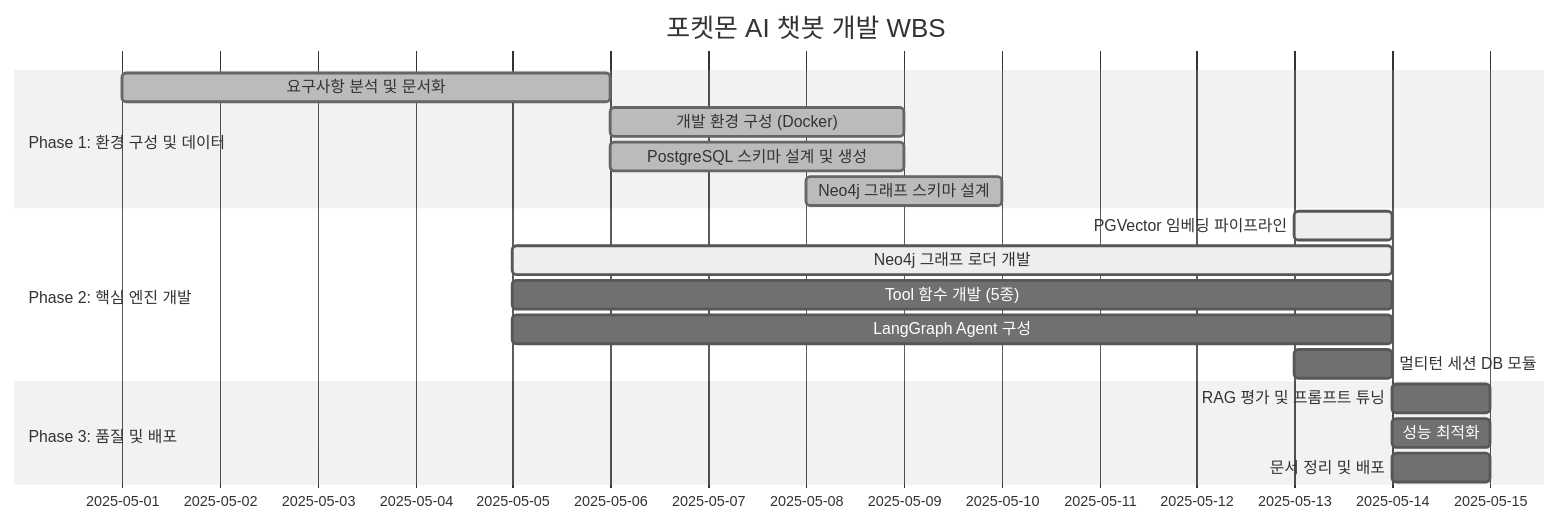
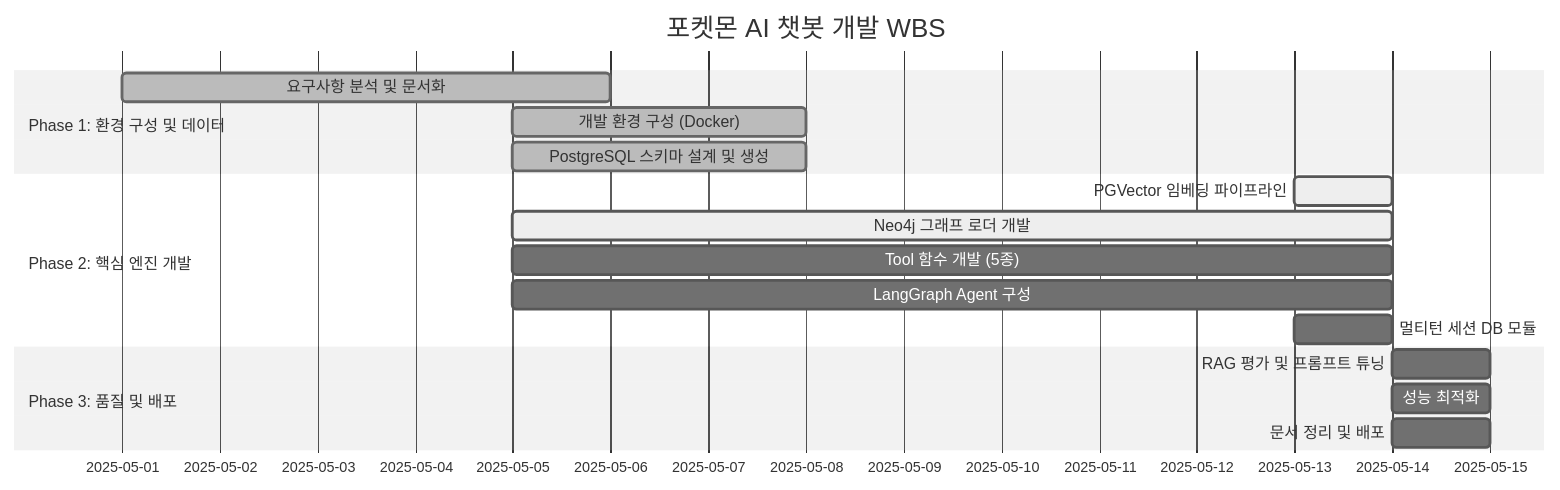
One commit to SKNETWORKS-FAMILY-AICAMP/SKN27-3rd-3TEAM changed the diagram in docs/챗봇/09_WBS.md. Above: the diagram before and after it, drawn with Mermaid (neutral theme).

````diff
--- a/docs/챗봇/09_WBS.md
+++ b/docs/챗봇/09_WBS.md
@@ -12,22 +12,21 @@
 ```mermaid
 gantt
     title 포켓몬 AI 챗봇 개발 WBS
     dateFormat  YYYY-MM-DD
     section Phase 1: 환경 구성 및 데이터
         요구사항 분석 및 문서화         :done,    p1-1, 2025-05-01, 5d
-        개발 환경 구성 (Docker)         :done,    p1-2, 2025-05-06, 3d
-        PostgreSQL 스키마 설계 및 생성  :done,    p1-3, 2025-05-06, 3d
-        Neo4j 그래프 스키마 설계        :done,    p1-4, 2025-05-08, 2d
+        개발 환경 구성 (Docker)         :done,    p1-2, 2025-05-05, 3d
+        PostgreSQL 스키마 설계 및 생성  :done,    p1-3, 2025-05-05, 3d
 
     section Phase 2: 핵심 엔진 개발
         PGVector 임베딩 파이프라인     :active,  p2-1, 2025-05-13, 1d
         Neo4j 그래프 로더 개발         :active,  p2-2, 2025-05-05, 9d
         Tool 함수 개발 (5종)           :         p2-3, 2025-05-05, 9d
         LangGraph Agent 구성          :         p2-4, 2025-05-05, 9d
         멀티턴 세션 DB 모듈            :         p2-5, 2025-05-13, 1d
 
     section Phase 3: 품질 및 배포
         RAG 평가 및 프롬프트 튜닝       :         p4-1, 2025-05-14, 1d
         성능 최적화                    :         p4-2, 2025-05-14, 1d
         문서 정리 및 배포              :         p4-3, 2025-05-14, 1d
 ```
````
